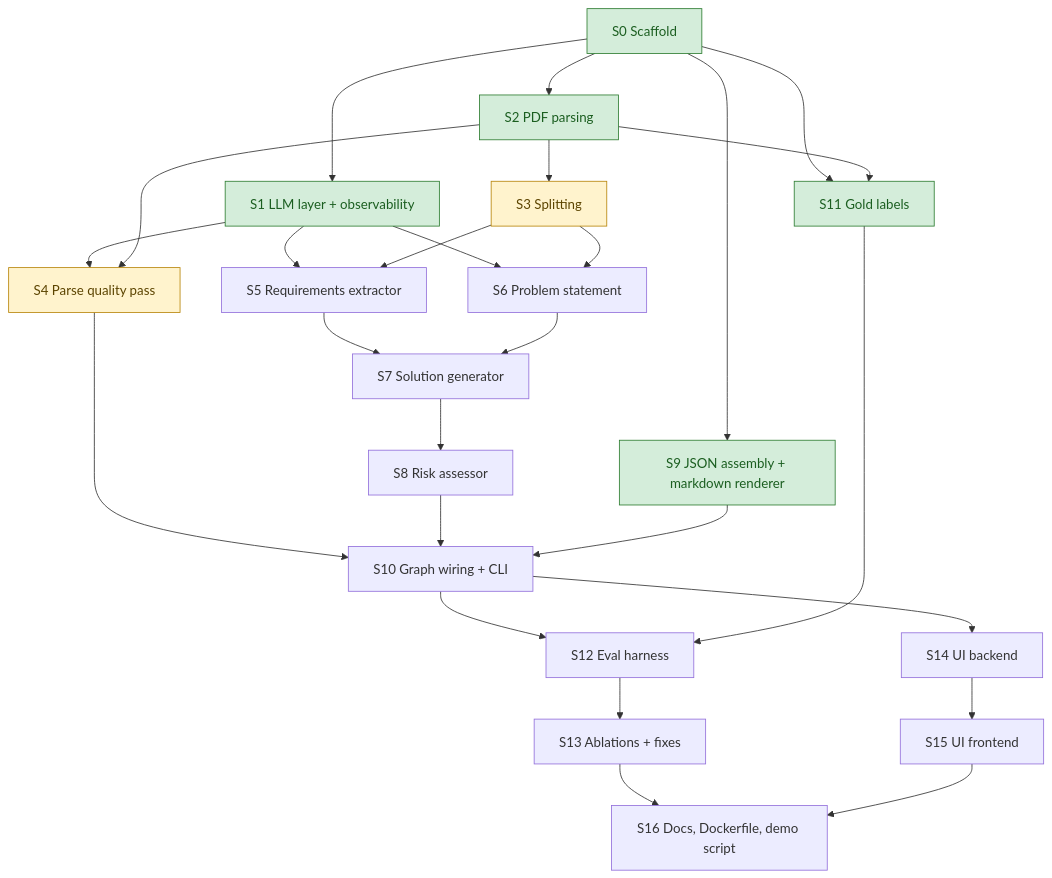
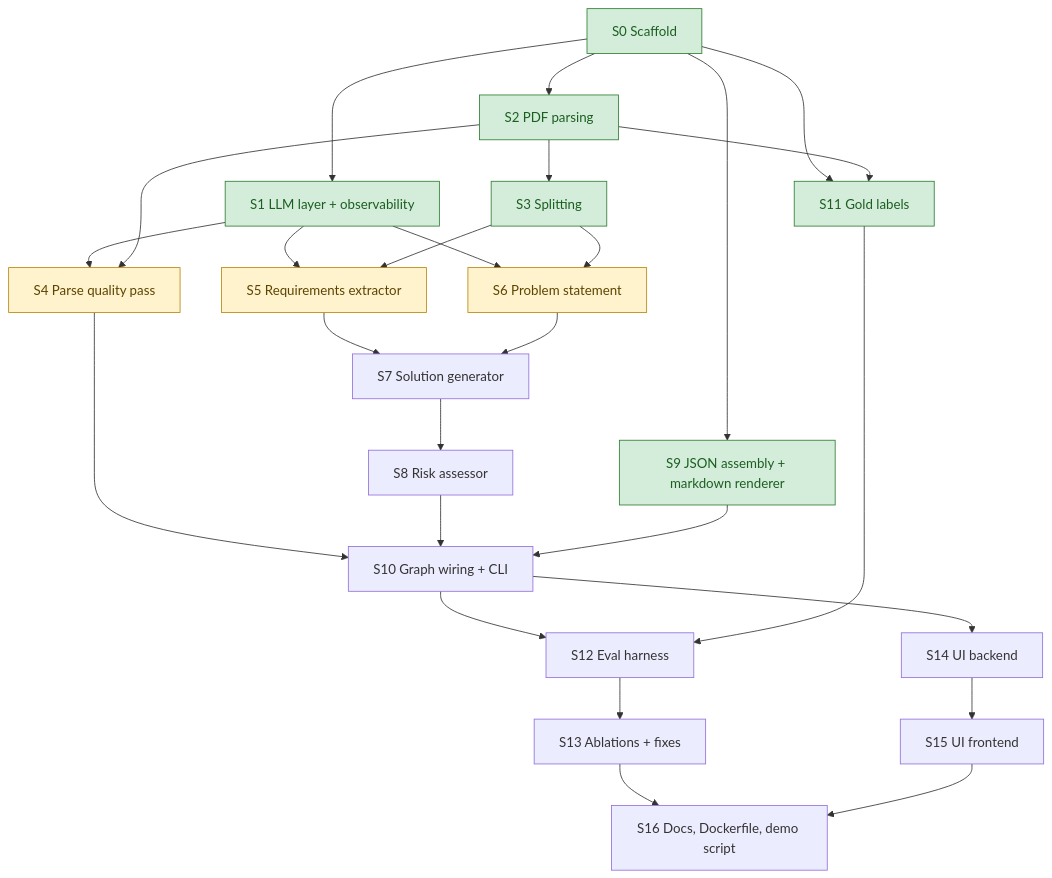
Before and after one commit to lofeodo/rfp-solution-summary-generator: the second of 2 diagrams in docs/ROADMAP.md, drawn with Mermaid. The commit also changed other lines of this file and 4 other files, not shown here.

Commit message:
S3: roadmap done, decisions D24-D26, assumptions, time log, README splitting section

````diff
--- a/docs/ROADMAP.md
+++ b/docs/ROADMAP.md
@@ -82,33 +82,33 @@
 ```mermaid
 flowchart TD
     S0[S0 Scaffold] --> S1[S1 LLM layer + observability]
     S0 --> S2[S2 PDF parsing]
     S0 --> S9[S9 JSON assembly + markdown renderer]
     S0 --> S11[S11 Gold labels]
     S2 --> S3[S3 Splitting]
     S1 --> S4[S4 Parse quality pass]
     S2 --> S4
     S1 --> S5[S5 Requirements extractor]
     S3 --> S5
     S1 --> S6[S6 Problem statement]
     S3 --> S6
     S5 --> S7[S7 Solution generator]
     S6 --> S7
     S7 --> S8[S8 Risk assessor]
     S4 --> S10[S10 Graph wiring + CLI]
     S8 --> S10
     S9 --> S10
     S2 --> S11
     S10 --> S12[S12 Eval harness]
     S11 --> S12
     S12 --> S13[S13 Ablations + fixes]
     S10 --> S14[S14 UI backend]
     S14 --> S15[S15 UI frontend]
     S13 --> S16[S16 Docs, Dockerfile, demo script]
     S15 --> S16
 
     classDef done fill:#d4edda,stroke:#2e7d32,color:#1b5e20
     classDef ready fill:#fff3cd,stroke:#b8860b,color:#5c4400
-    class S0,S1,S2,S9,S11 done
-    class S3,S4 ready
+    class S0,S1,S2,S3,S9,S11 done
+    class S4,S5,S6 ready
 ```
````
